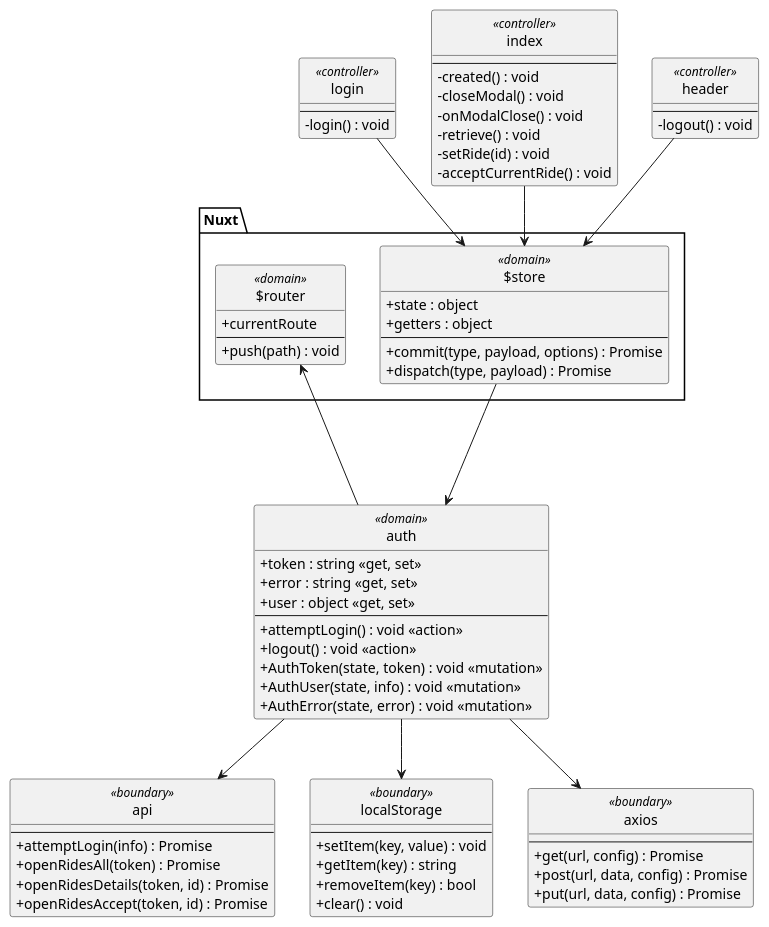
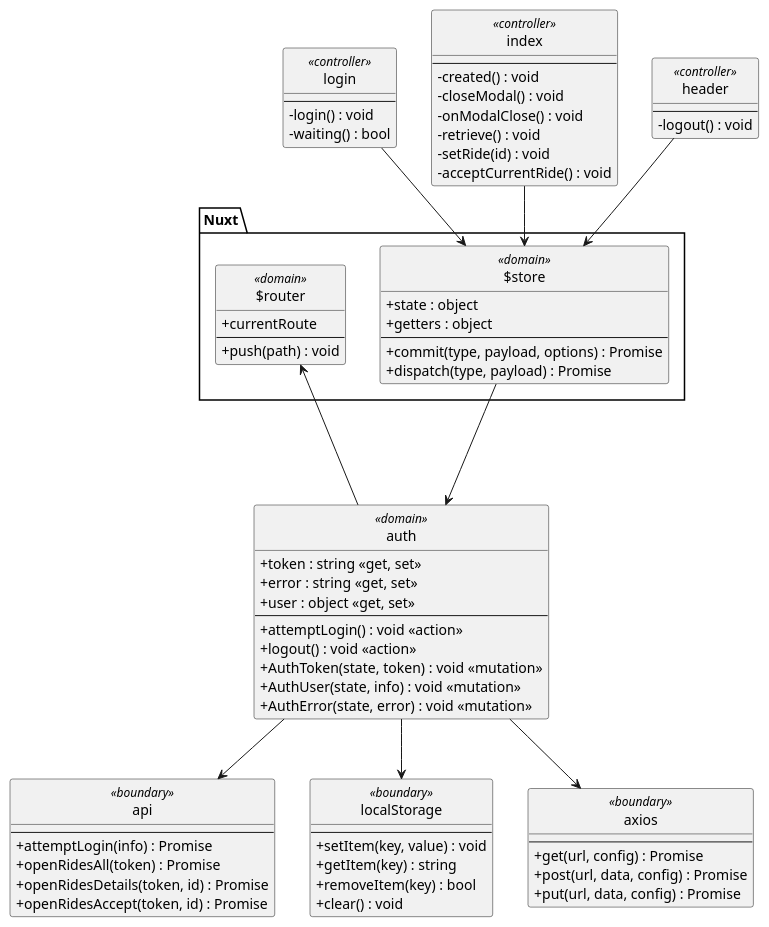
One commit to Phoenix1355/I4PRJ4-Web changed the diagram in docs/class-diagram-main.plantuml. Above: the diagram before and after it, drawn with PlantUML. The commit also changed 3 other files, not shown here.

Commit message:
Small changes to class diagrams

```diff
--- a/docs/class-diagram-main.plantuml
+++ b/docs/class-diagram-main.plantuml
@@ -1,88 +1,89 @@
 @startuml
 
 skinparam shadowing false
 skinparam classAttributeIconSize 0
 skinparam monochrome true
 skinparam background white
 skinparam style strictuml
 
 package Nuxt {
     class $router <<domain>> {
         + currentRoute
         --
         + push(path) : void
     }
 
     class $store <<domain>> {
         + state : object
         + getters : object
         --
         + commit(type, payload, options) : Promise
         + dispatch(type, payload) : Promise
     }
 }
 
 class login <<controller>> {
     --
     - login() : void
+    - waiting() : bool
 }
 login-->$store
 
 class index <<controller>> {
     --
     - created() : void
     - closeModal() : void
     - onModalClose() : void
     - retrieve() : void
     - setRide(id) : void
     - acceptCurrentRide() : void
 }
 index-->$store
 
 class header <<controller>> {
     --
     - logout() : void
 }
 header-->$store
 
 class auth <<domain>> {
     + token : string <<get, set>>
     + error : string <<get, set>>
     + user : object <<get, set>>
     --
     + attemptLogin() : void <<action>>
     + logout() : void <<action>>
     + AuthToken(state, token) : void <<mutation>>
     + AuthUser(state, info) : void <<mutation>>
     + AuthError(state, error) : void <<mutation>>
 }
 $store ---> auth
 auth --> $router
 
 class api <<boundary>> {
     --
     + attemptLogin(info) : Promise
     + openRidesAll(token) : Promise
     + openRidesDetails(token, id) : Promise
     + openRidesAccept(token, id) : Promise
 }
 auth --> api
 
 class localStorage <<boundary>> {
     --
     + setItem(key, value) : void
     + getItem(key) : string
     + removeItem(key) : bool
     + clear() : void
 }
 auth --> localStorage
 
 class axios <<boundary>> {
     --
     + get(url, config) : Promise
     + post(url, data, config) : Promise
     + put(url, data, config) : Promise
 }
 auth --> axios
 
 @enduml
```
